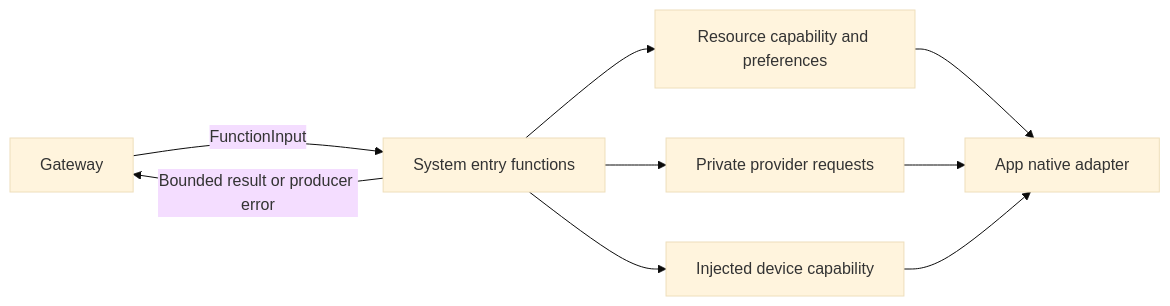
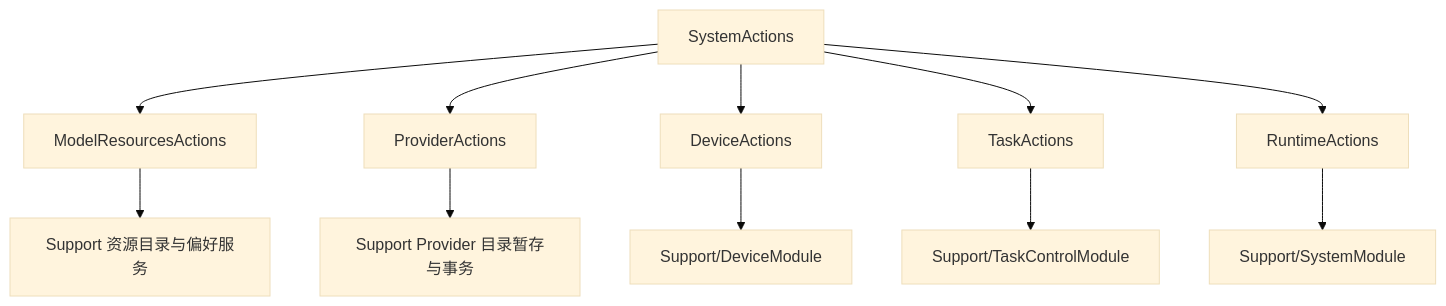
Before and after one commit to devilyouwei/MobileHarness: the second of 2 diagrams in MobileHarness/Actions/System/README.md, drawn with Mermaid (base theme). The commit also changed other lines of this file and 108 other files, not shown here.

````diff
--- a/MobileHarness/Actions/System/README.md
+++ b/MobileHarness/Actions/System/README.md
@@ -15,11 +24,13 @@
 ```mermaid
-flowchart LR
- Gateway -->|FunctionInput| System[System entry functions]
- System --> Resources[Resource capability and preferences]
- System --> Provider[Private provider requests]
- System --> Device[Injected device capability]
- Resources --> Native[App native adapter]
- Provider --> Native
- Device --> Native
- System -->|Bounded result or producer error| Gateway
+flowchart TB
+    Namespace[SystemActions] --> Resource[ModelResourcesActions]
+    Namespace --> Provider[ProviderActions]
+    Namespace --> Device[DeviceActions]
+    Namespace --> Task[TaskActions]
+    Namespace --> Runtime[RuntimeActions]
+    Resource --> ResourceSupport[Support 资源目录与偏好服务]
+    Provider --> ProviderSupport[Support Provider 目录暂存与事务]
+    Device --> DeviceSupport[Support/DeviceModule]
+    Task --> TaskSupport[Support/TaskControlModule]
+    Runtime --> RuntimeSupport[Support/SystemModule]
 ```
````
